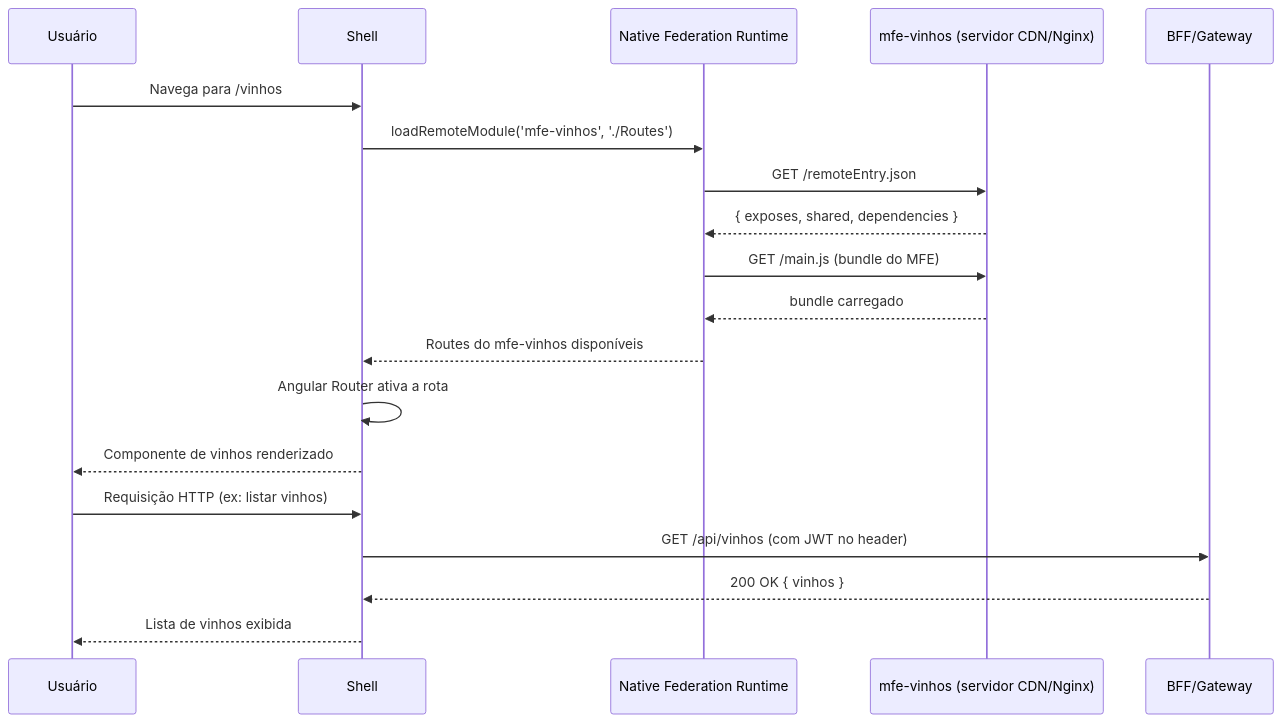
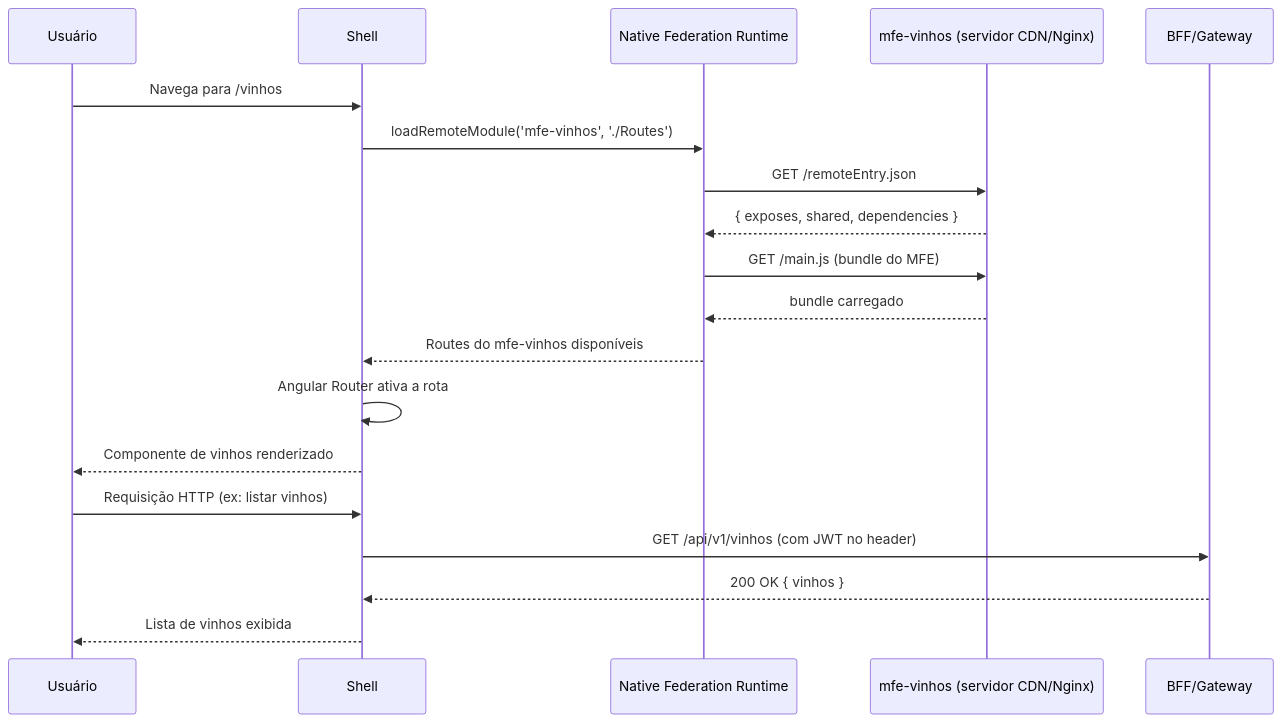
Before and after one commit to vanderleik/vinho-notas-v2: the third of 12 diagrams in docs/arquitetura/VinhoNotas_ArquiteturaFrontend.md, drawn with Mermaid. The commit also changed other lines of this file and 14 other files, not shown here.

````diff
--- a/docs/arquitetura/VinhoNotas_ArquiteturaFrontend.md
+++ b/docs/arquitetura/VinhoNotas_ArquiteturaFrontend.md
@@ -272,23 +273,23 @@
 ```mermaid
 sequenceDiagram
     participant U   as Usuário
     participant SH  as Shell
     participant NF  as Native Federation Runtime
     participant MFE as mfe-vinhos (servidor CDN/Nginx)
     participant BFF as BFF/Gateway
 
     U   ->> SH:  Navega para /vinhos
     SH  ->> NF:  loadRemoteModule('mfe-vinhos', './Routes')
     NF  ->> MFE: GET /remoteEntry.json
     MFE -->> NF: { exposes, shared, dependencies }
     NF  ->> MFE: GET /main.js (bundle do MFE)
     MFE -->> NF: bundle carregado
     NF  -->> SH: Routes do mfe-vinhos disponíveis
     SH  ->> SH:  Angular Router ativa a rota
     SH  -->> U:  Componente de vinhos renderizado
 
     U   ->> SH:  Requisição HTTP (ex: listar vinhos)
-    SH  ->> BFF: GET /api/vinhos (com JWT no header)
+    SH  ->> BFF: GET /api/v1/vinhos (com JWT no header)
     BFF -->> SH: 200 OK { vinhos }
     SH  -->> U:  Lista de vinhos exibida
 ```
````
